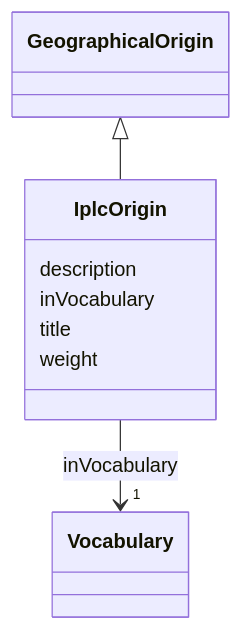
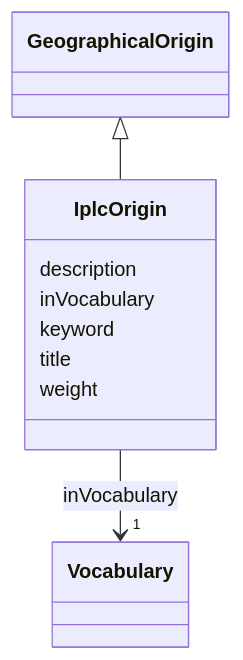
One commit to EVORA-project/evora-ontology changed the diagram in models/docs/IplcOrigin.md. Above: the diagram before and after it, drawn with Mermaid. The commit also changed other lines of this file and 402 other files, not shown here.

````diff
--- a/models/docs/IplcOrigin.md
+++ b/models/docs/IplcOrigin.md
@@ -19,24 +19,26 @@
 ```mermaid
  classDiagram
     class IplcOrigin
     click IplcOrigin href "../IplcOrigin"
       GeographicalOrigin <|-- IplcOrigin
         click GeographicalOrigin href "../GeographicalOrigin"
       
       IplcOrigin : description
         
       IplcOrigin : inVocabulary
         
           
     
     
     IplcOrigin --> "1" Vocabulary : inVocabulary
     click Vocabulary href "../Vocabulary"
 
         
+      IplcOrigin : keyword
+        
       IplcOrigin : title
         
       IplcOrigin : weight
         
       
 ```
````
